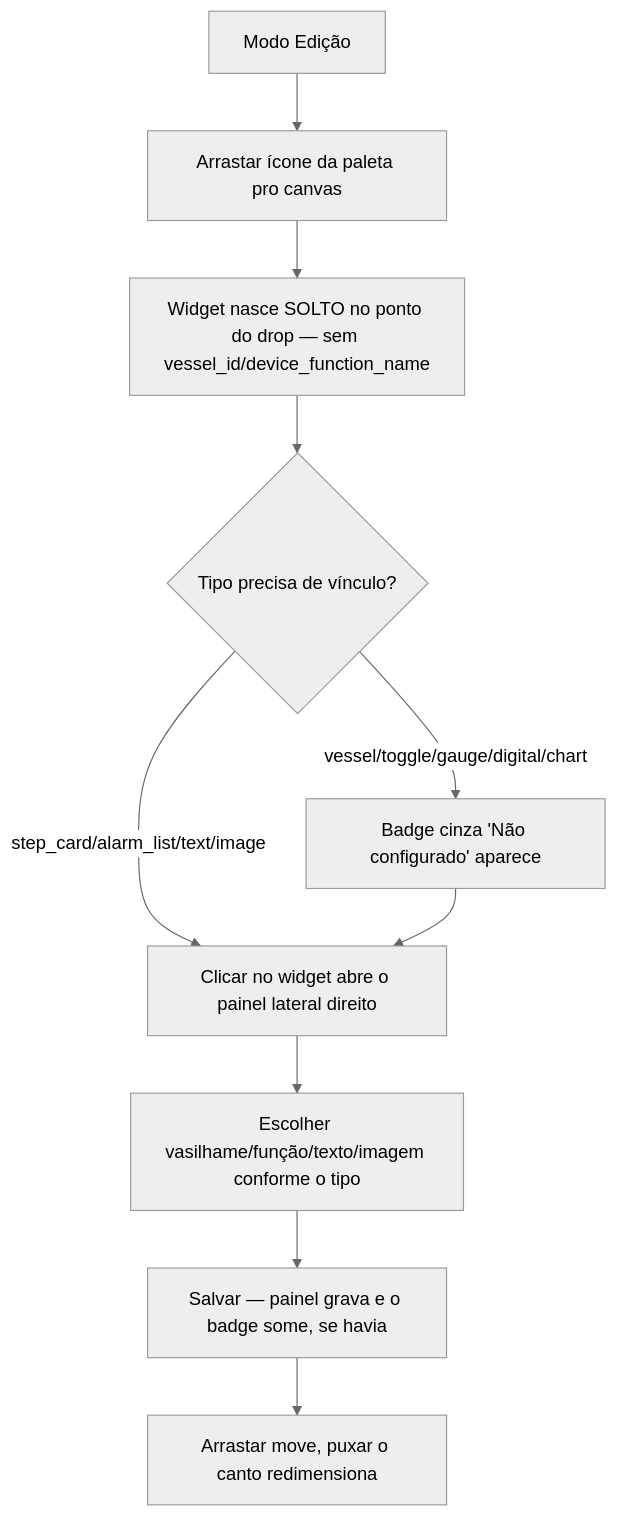
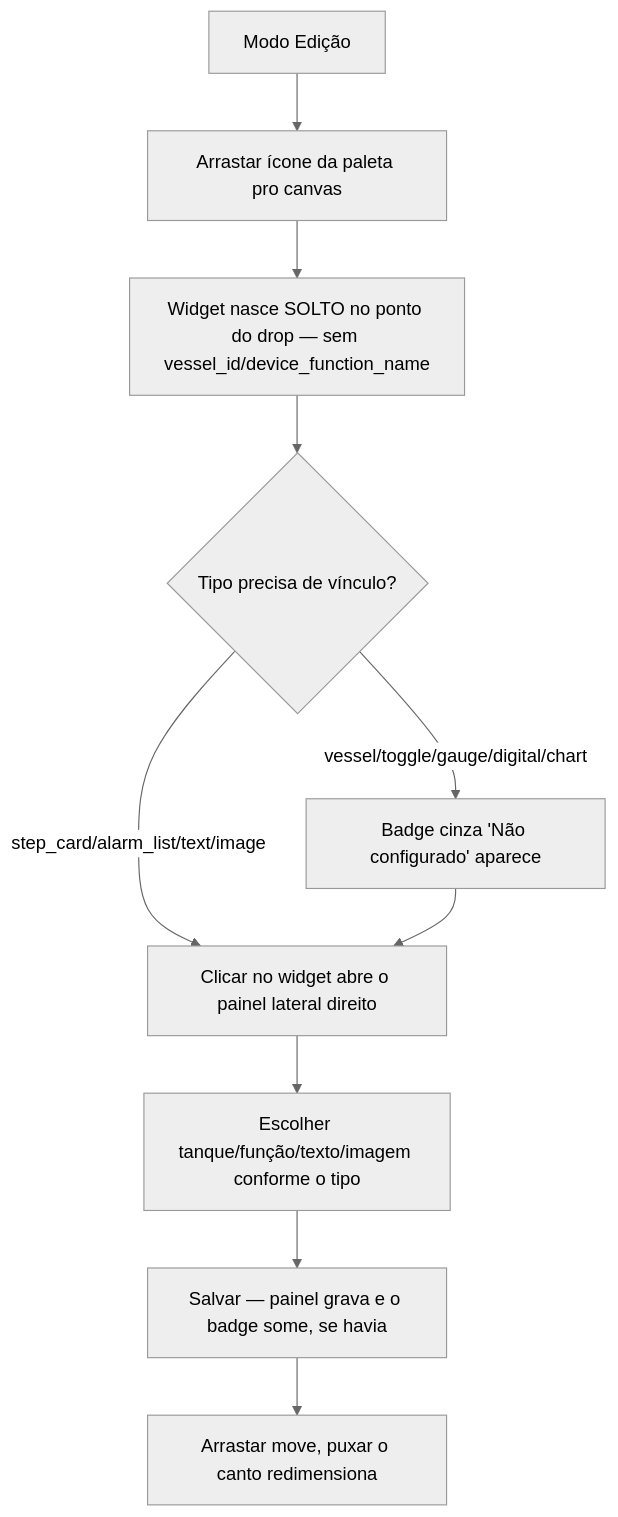
One commit to ChristopherNicolasSMM/Tesseract changed the sixth of 8 diagrams in addons/addon_brewstation/features/feature_mash_control/docs/technical/03-fluxos.md. Above: the diagram before and after it, drawn with Mermaid (neutral theme). The commit also changed other lines of this file and 23 other files, not shown here.

First line of the commit message:
fix(dashboard): sessao ativa, modo edicao, botao travado + icone/Tanque/texto/imagem

````diff
--- a/addons/addon_brewstation/features/feature_mash_control/docs/technical/03-fluxos.md
+++ b/addons/addon_brewstation/features/feature_mash_control/docs/technical/03-fluxos.md
@@ -114,12 +114,12 @@
 ```mermaid
 flowchart TD
     A[Modo Edição] --> B[Arrastar ícone da paleta pro canvas]
     B --> C[Widget nasce SOLTO no ponto do drop — sem vessel_id/device_function_name]
     C --> D{Tipo precisa de vínculo?}
     D -- "vessel/toggle/gauge/digital/chart" --> D1[Badge cinza 'Não configurado' aparece]
     D -- "step_card/alarm_list/text/image" --> E
     D1 --> E[Clicar no widget abre o painel lateral direito]
-    E --> F[Escolher vasilhame/função/texto/imagem conforme o tipo]
+    E --> F[Escolher tanque/função/texto/imagem conforme o tipo]
     F --> G[Salvar — painel grava e o badge some, se havia]
     G --> H[Arrastar move, puxar o canto redimensiona]
 ```
````
